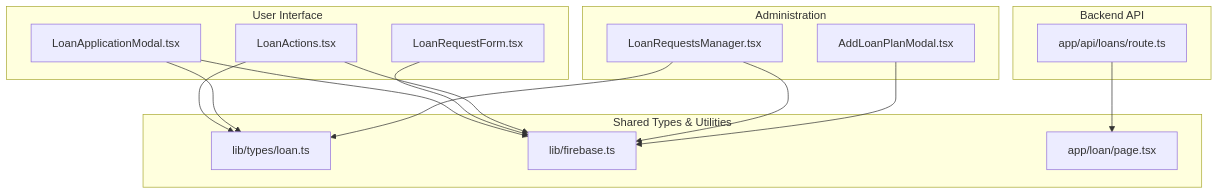
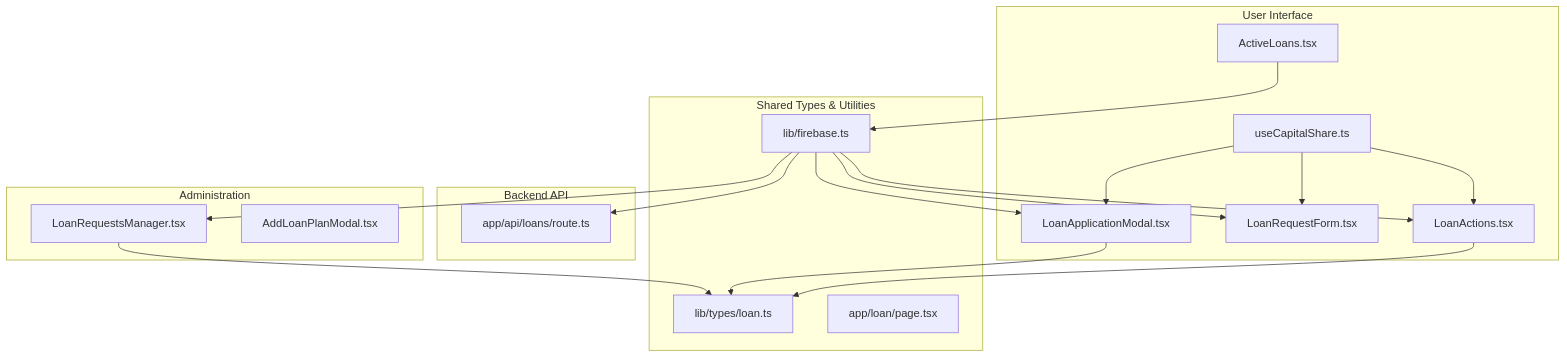
Before and after one commit to Unsure-bry/sampacoop_system: the first of 11 diagrams in .qoder/repowiki/en/content/Loan Management System/Loan Application Workflow.md, drawn with Mermaid. The commit also changed other lines of this file and 6 other files, not shown here.

````diff
--- a/.qoder/repowiki/en/content/Loan Management System/Loan Application Workflow.md
+++ b/.qoder/repowiki/en/content/Loan Management System/Loan Application Workflow.md
@@ -37,29 +47,34 @@
 ```mermaid
 graph TB
 subgraph "User Interface"
 LA["LoanApplicationModal.tsx"]
 LR["LoanRequestForm.tsx"]
 LAct["LoanActions.tsx"]
+AL["ActiveLoans.tsx"]
+CS["useCapitalShare.ts"]
 end
 subgraph "Administration"
 LRM["LoanRequestsManager.tsx"]
 ALPM["AddLoanPlanModal.tsx"]
 end
 subgraph "Backend API"
 API["app/api/loans/route.ts"]
 end
 subgraph "Shared Types & Utilities"
 Types["lib/types/loan.ts"]
 FB["lib/firebase.ts"]
 LP["app/loan/page.tsx"]
 end
-LA --> FB
-LR --> FB
-LAct --> FB
-LRM --> FB
-ALPM --> FB
-API --> LP
+CS --> LA
+CS --> LR
+CS --> LAct
+AL --> FB
+FB --> LAct
+FB --> LR
+FB --> LA
+FB --> LRM
+FB --> API
 LAct --> Types
 LA --> Types
 LRM --> Types
 ```
````
